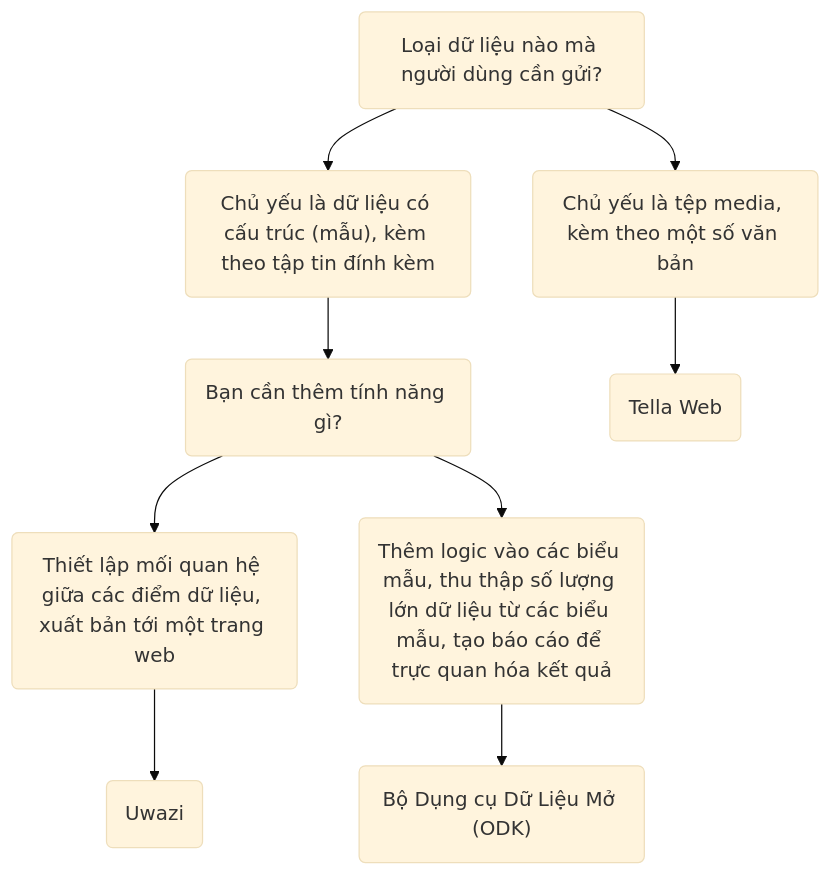
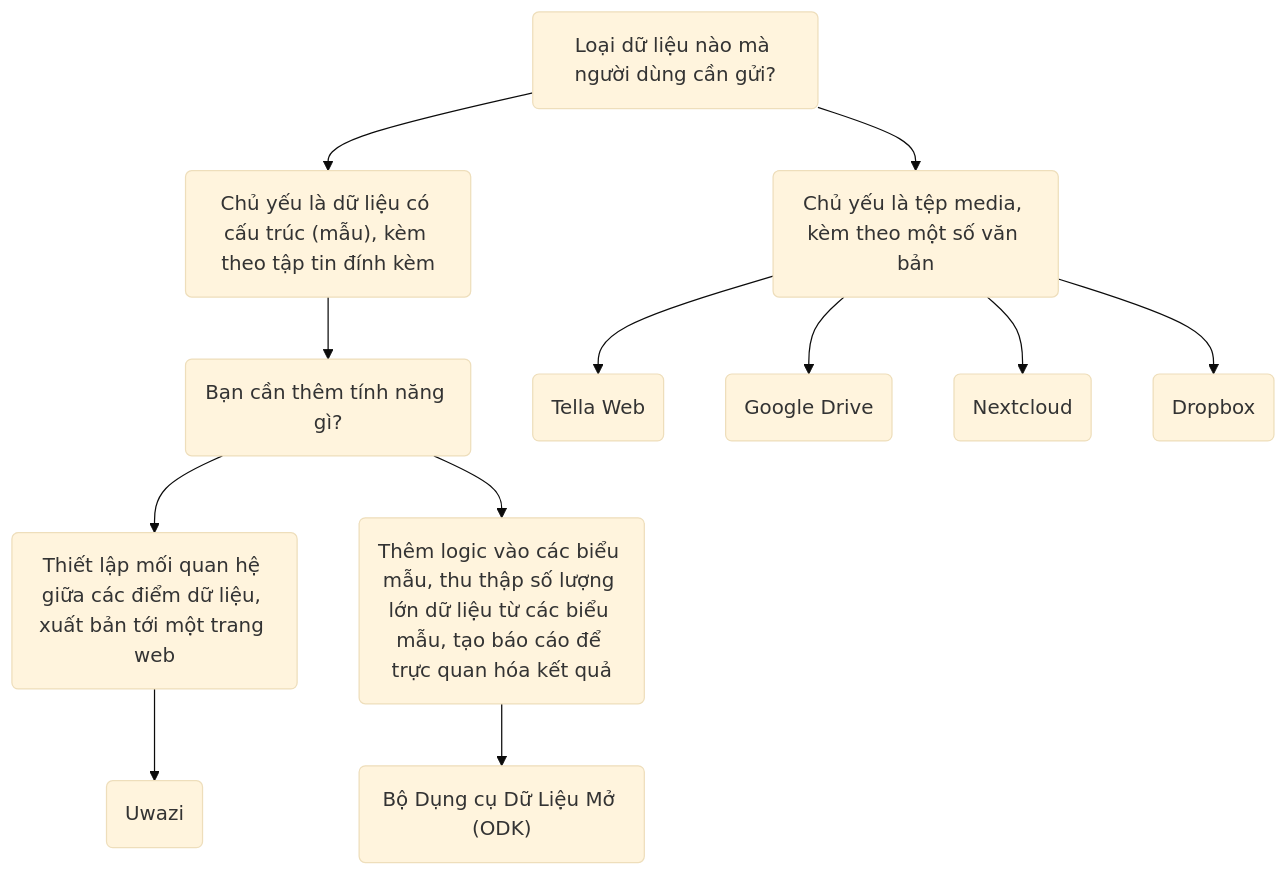
Before and after one commit to Horizontal-org/Tella-website: the diagram in i18n/vi/docusaurus-plugin-content-docs/current/Connections/for-organizations.md, drawn with Mermaid (base theme). The commit also changed other lines of this file and 12 other files, not shown here.

````diff
--- a/i18n/vi/docusaurus-plugin-content-docs/current/Connections/for-organizations.md
+++ b/i18n/vi/docusaurus-plugin-content-docs/current/Connections/for-organizations.md
@@ -28,11 +40,14 @@
 ```mermaid
 graph TD;
     id1(Loại dữ liệu nào mà người dùng cần gửi?) --> id2("Chủ yếu là dữ liệu có cấu trúc (mẫu), kèm theo tập tin đính kèm");
     id1 --> id3("Chủ yếu là tệp media, kèm theo một số văn bản") ;
     id2 --> id4("Bạn cần thêm tính năng gì?");
     id3 --> id5("Tella Web");
+    id3 --> id11("Google Drive");
+    id3 --> id12("Nextcloud");
+    id3 --> id13("Dropbox");
     id4 --> id6("Thiết lập mối quan hệ giữa các điểm dữ liệu, xuất bản tới một trang web")
     id4 --> id7("Thêm logic vào các biểu mẫu, thu thập số lượng lớn dữ liệu từ các biểu mẫu, tạo báo cáo để trực quan hóa kết quả")
     id6 --> id8("Uwazi")
     id7 --> id9("Bộ Dụng cụ Dữ Liệu Mở (ODK)")
 ```
````
